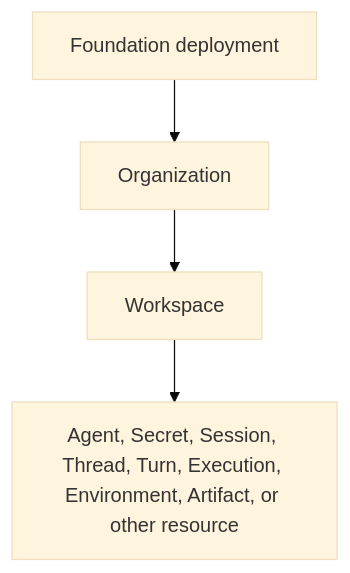
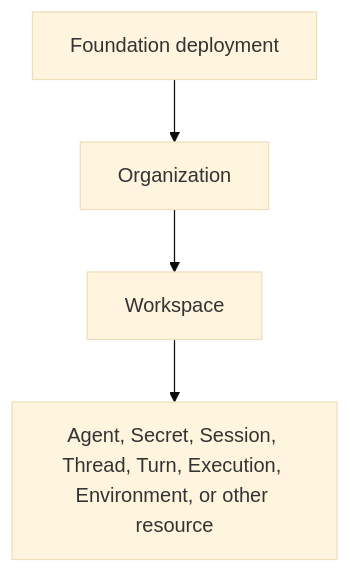
Before and after one commit to LTThreeComma/agent-foundation: the diagram in spec/foundation-service/04-identity-and-access-management.md, drawn with Mermaid (base theme). The commit also changed 5 other files, not shown here.

````diff
--- a/spec/foundation-service/04-identity-and-access-management.md
+++ b/spec/foundation-service/04-identity-and-access-management.md
@@ -23,9 +23,9 @@
 ```mermaid
 flowchart TB
     Deployment[Foundation deployment]
     Organization[Organization]
     Workspace[Workspace]
-    Resource[Agent, Secret, Session, Thread, Turn, Execution, Environment, Artifact, or other resource]
+    Resource[Agent, Secret, Session, Thread, Turn, Execution, Environment, or other resource]
 
     Deployment --> Organization --> Workspace --> Resource
 ```
````
